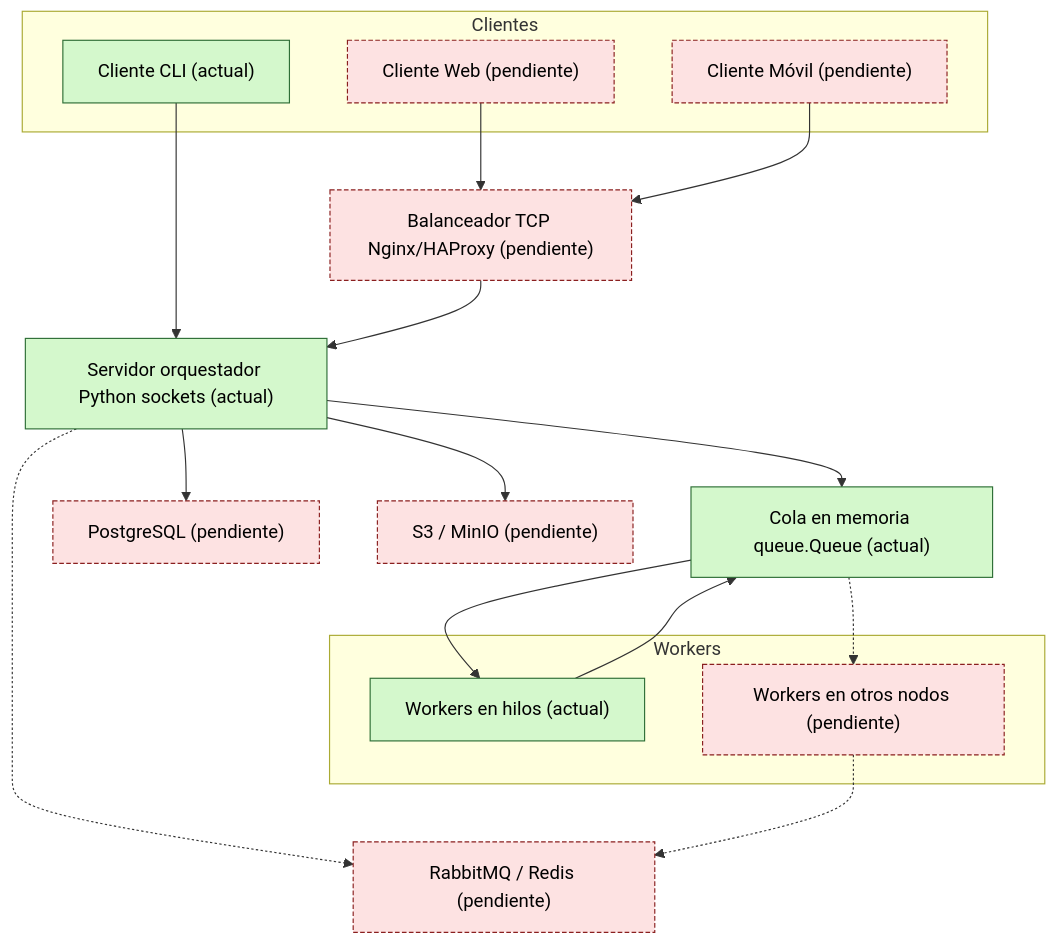
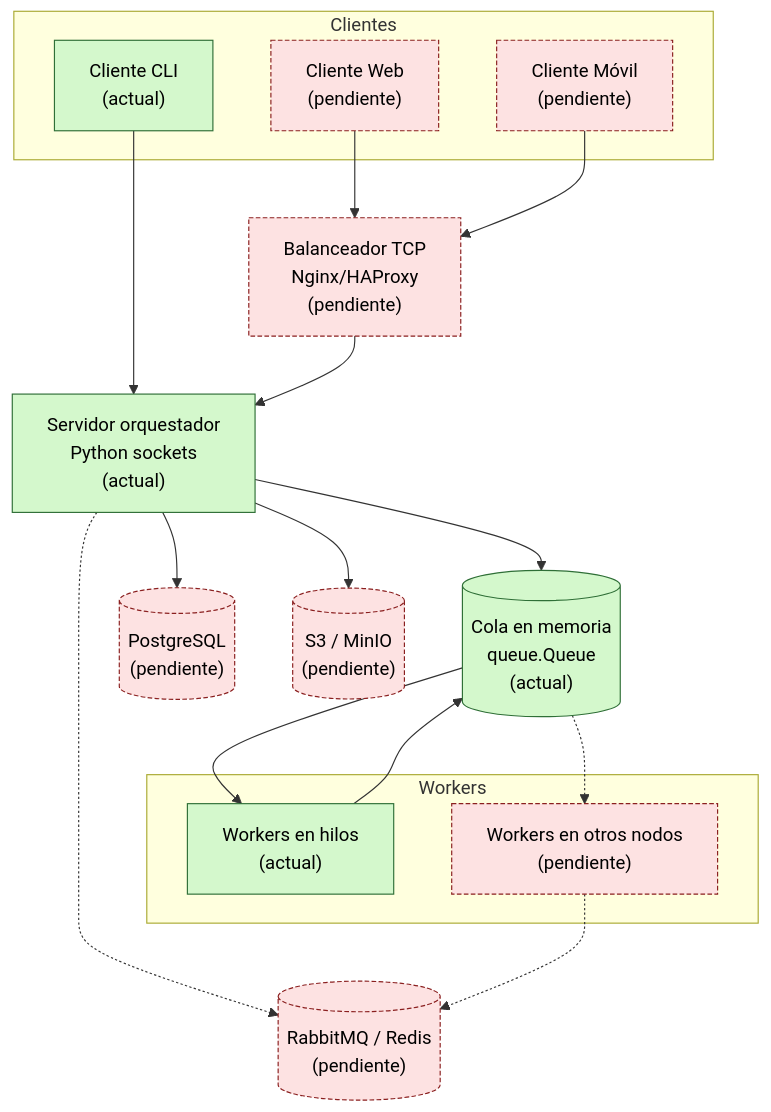
The diagram in README.md (okijulian/PFO3-REDES-IFTS29), drawn with Mermaid before and after one commit.

````diff
--- a/README.md
+++ b/README.md
@@ -20,36 +20,36 @@
 ```mermaid
-flowchart TD
+graph TD
     classDef listo fill:#d4f8cc,stroke:#2f6f37,stroke-width:1px,color:#000
     classDef pendiente fill:#fde2e2,stroke:#8a1f1f,stroke-dasharray:4 2,color:#000
 
     subgraph Clientes
-        CCLI["Cliente CLI (actual)"]:::listo
-        CLWeb["Cliente Web (pendiente)"]:::pendiente
-        CLMob["Cliente Móvil (pendiente)"]:::pendiente
+        CCLI["Cliente CLI<br/>(actual)"]:::listo
+        CLWeb["Cliente Web<br/>(pendiente)"]:::pendiente
+        CLMob["Cliente Móvil<br/>(pendiente)"]:::pendiente
     end
 
-    LB["Balanceador TCP Nginx/HAProxy (pendiente)"]:::pendiente
-    ORQ["Servidor orquestador Python sockets (actual)"]:::listo
-    MQ["Cola en memoria queue.Queue (actual)"]:::listo
-    MQReal["RabbitMQ / Redis (pendiente)"]:::pendiente
-    DB["PostgreSQL (pendiente)"]:::pendiente
-    S3["S3 / MinIO (pendiente)"]:::pendiente
+    LB["Balanceador TCP<br/>Nginx/HAProxy<br/>(pendiente)"]:::pendiente
+    ORQ["Servidor orquestador<br/>Python sockets<br/>(actual)"]:::listo
+    MQ[("Cola en memoria<br/>queue.Queue<br/>(actual)")]:::listo
+    MQReal[("RabbitMQ / Redis<br/>(pendiente)")]:::pendiente
+    DB[("PostgreSQL<br/>(pendiente)")]:::pendiente
+    S3[("S3 / MinIO<br/>(pendiente)")]:::pendiente
 
     subgraph Workers
-        W1["Workers en hilos (actual)"]:::listo
-        WN["Workers en otros nodos (pendiente)"]:::pendiente
+        W1["Workers en hilos<br/>(actual)"]:::listo
+        WN["Workers en otros nodos<br/>(pendiente)"]:::pendiente
     end
 
     CCLI --> ORQ
     CLWeb --> LB
     CLMob --> LB
     LB --> ORQ
     ORQ --> MQ
     ORQ -.-> MQReal
     MQ --> W1
     W1 --> MQ
     MQ -.-> WN
     WN -.-> MQReal
     ORQ --> DB
     ORQ --> S3
 ```
````
